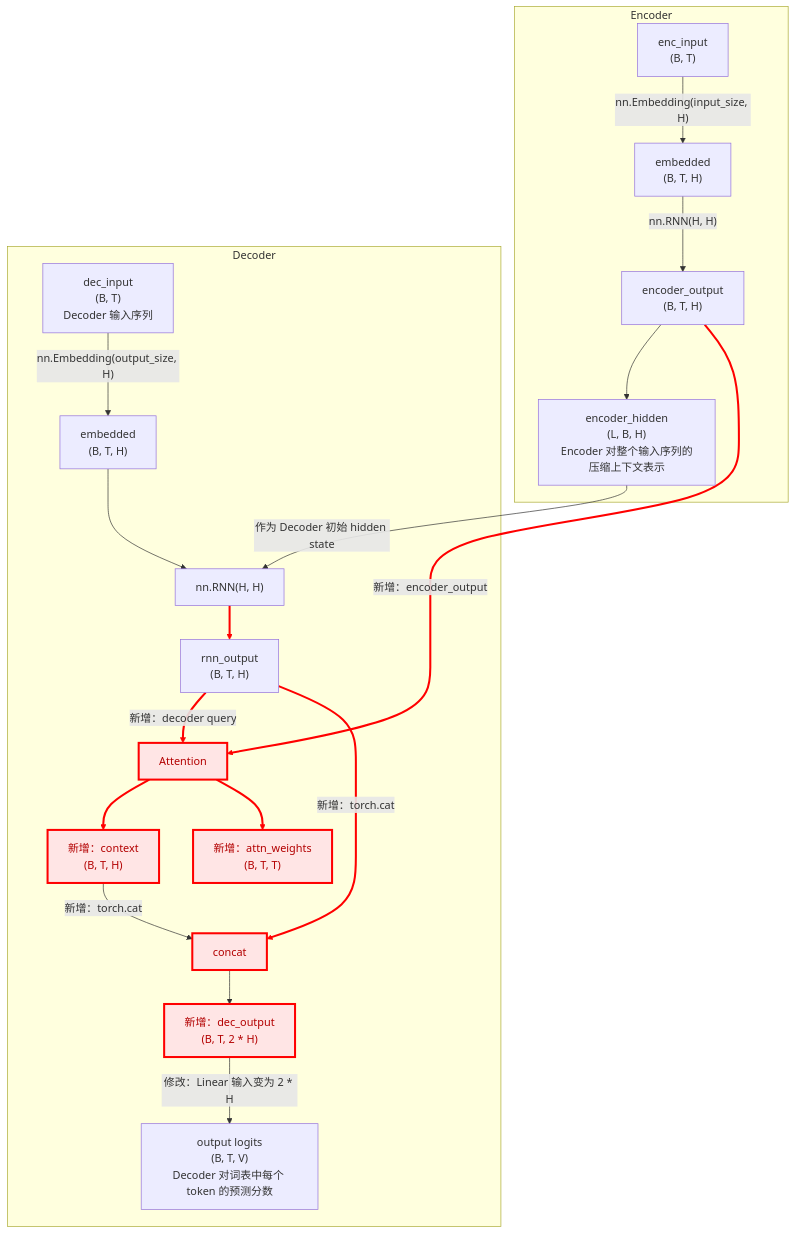
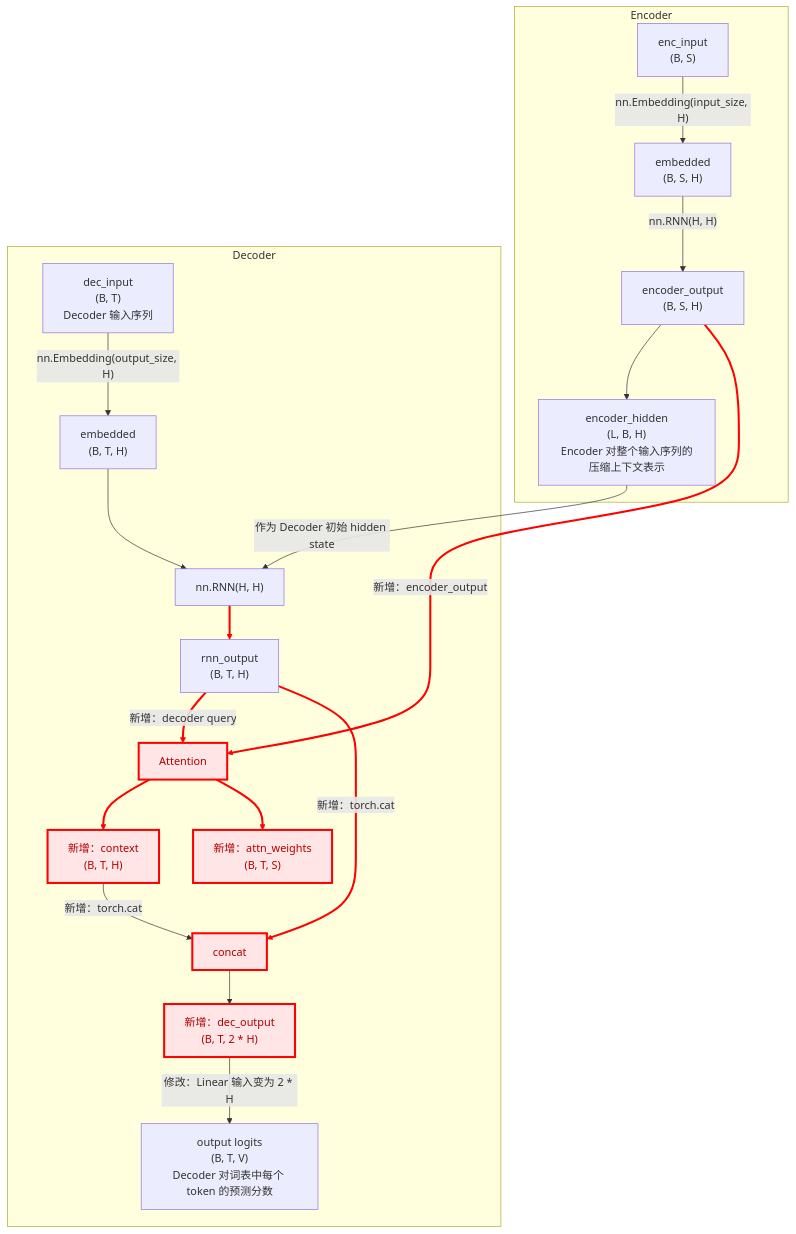
One commit to izualzhy/yingshin.github.io changed the second of 2 diagrams in _posts/2026-05-24-llm-diagrammatize-seq2seq-attention.markdown. Above: the diagram before and after it, drawn with Mermaid. The commit also changed other lines of this file and 10 other files, not shown here.

````diff
--- a/_posts/2026-05-24-llm-diagrammatize-seq2seq-attention.markdown
+++ b/_posts/2026-05-24-llm-diagrammatize-seq2seq-attention.markdown
@@ -235,82 +237,82 @@
 ```mermaid
 flowchart TD
 
 subgraph Encoder
-    A["enc_input<br/>(B, T)"]
+    A["enc_input<br/>(B, S)"]
 
     A
     -- "nn.Embedding(input_size, H)" -->
-    B["embedded<br/>(B, T, H)"]
+    B["embedded<br/>(B, S, H)"]
 
     B
     -- "nn.RNN(H, H)" -->
-    C["encoder_output<br/>(B, T, H)"]
+    C["encoder_output<br/>(B, S, H)"]
 
     C
     --> D["encoder_hidden<br/>(L, B, H)<br/>Encoder 对整个输入序列的压缩上下文表示"]
 end
 
 D
 -- "作为 Decoder 初始 hidden state" -->
 E
 
 subgraph Decoder
     F["dec_input<br/>(B, T)<br/>Decoder 输入序列"]
 
     F
     -- "nn.Embedding(output_size, H)" -->
     G["embedded<br/>(B, T, H)"]
 
     G
     --> E["nn.RNN(H, H)"]
 
     E
     --> H["rnn_output<br/>(B, T, H)"]
 
     %% Attention 新增部分
     C
     -- "新增：encoder_output" -->
     J["Attention"]
 
     H
     -- "新增：decoder query" -->
     J
 
     J
     --> K["新增：context<br/>(B, T, H)"]
 
     J
-    --> L["新增：attn_weights<br/>(B, T, T)"]
+    --> L["新增：attn_weights<br/>(B, T, S)"]
 
     %% concat 新增
     H
     -- "新增：torch.cat" -->
     M["concat"]
 
     K
     -- "新增：torch.cat" -->
     M
 
     M
     --> N["新增：dec_output<br/>(B, T, 2 * H)"]
 
     %% Linear 输入变化
     N
     -- "修改：Linear 输入变为 2 * H" -->
     O["output logits<br/>(B, T, V)<br/>Decoder 对词表中每个 token 的预测分数"]
 end
 
 %% 红色高亮
 style J fill:#ffe5e5,stroke:#ff0000,stroke-width:3px,color:#b30000
 style K fill:#ffe5e5,stroke:#ff0000,stroke-width:3px,color:#b30000
 style L fill:#ffe5e5,stroke:#ff0000,stroke-width:3px,color:#b30000
 style M fill:#ffe5e5,stroke:#ff0000,stroke-width:3px,color:#b30000
 style N fill:#ffe5e5,stroke:#ff0000,stroke-width:3px,color:#b30000
 
 linkStyle 6 stroke:#ff0000,stroke-width:3px
 linkStyle 7 stroke:#ff0000,stroke-width:3px
 linkStyle 8 stroke:#ff0000,stroke-width:3px
 linkStyle 9 stroke:#ff0000,stroke-width:3px
 linkStyle 10 stroke:#ff0000,stroke-width:3px
 linkStyle 11 stroke:#ff0000,stroke-width:3px
 ```
````
